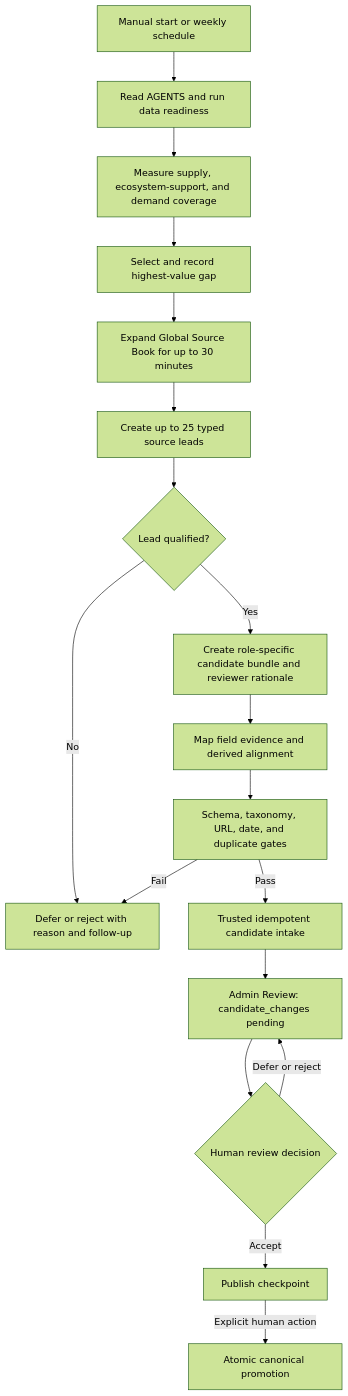
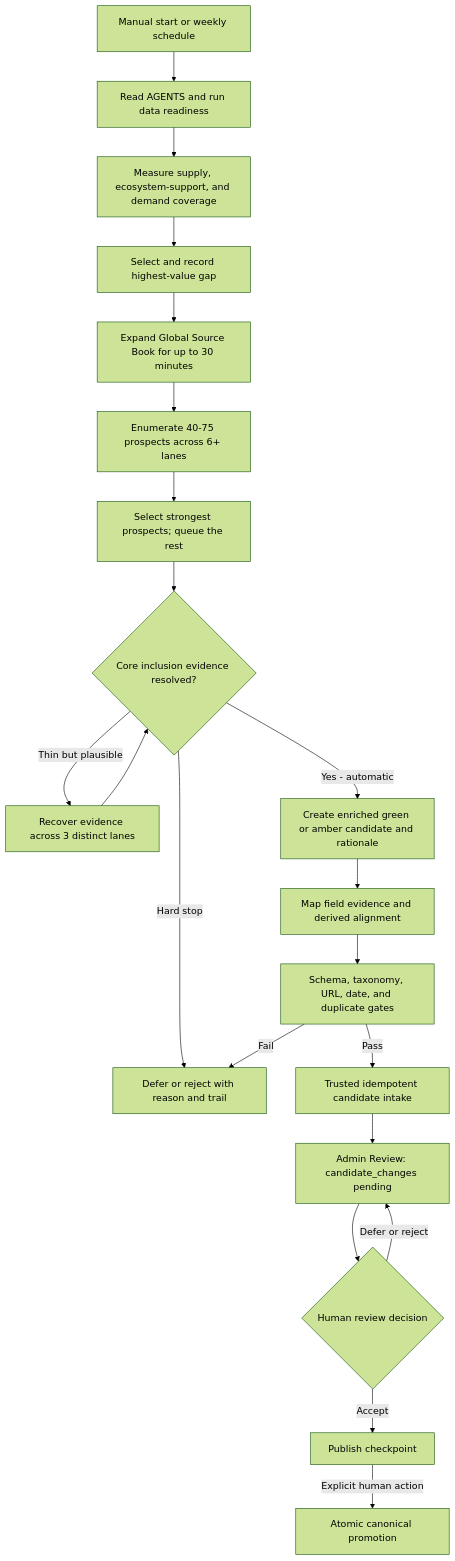
The first of 5 diagrams in context/governance/Autonomous Ecosystem Research Pipeline.md (AndDavies/ecosystem_intelligence), drawn with Mermaid (forest theme) before and after one commit. The commit also changed other lines of this file and 104 other files, not shown here.

````diff
--- a/context/governance/Autonomous Ecosystem Research Pipeline.md
+++ b/context/governance/Autonomous Ecosystem Research Pipeline.md
@@ -16,20 +16,23 @@
 ```mermaid
 flowchart TD
   A["Manual start or weekly schedule"] --> B["Read AGENTS and run data readiness"]
   B --> C["Measure supply, ecosystem-support, and demand coverage"]
   C --> D["Select and record highest-value gap"]
   D --> E["Expand Global Source Book for up to 30 minutes"]
-  E --> F["Create up to 25 typed source leads"]
-  F --> G{"Lead qualified?"}
-  G -- "No" --> H["Defer or reject with reason and follow-up"]
-  G -- "Yes" --> I["Create role-specific candidate bundle and reviewer rationale"]
+  E --> F["Enumerate 40-75 prospects across 6+ lanes"]
+  F --> G["Select strongest prospects; queue the rest"]
+  G --> H{"Core inclusion evidence resolved?"}
+  H -- "Thin but plausible" --> ER["Recover evidence across 3 distinct lanes"]
+  ER --> H
+  H -- "Hard stop" --> DFR["Defer or reject with reason and trail"]
+  H -- "Yes - automatic" --> I["Create enriched green or amber candidate and rationale"]
   I --> J["Map field evidence and derived alignment"]
   J --> K["Schema, taxonomy, URL, date, and duplicate gates"]
-  K -- "Fail" --> H
+  K -- "Fail" --> DFR
   K -- "Pass" --> L["Trusted idempotent candidate intake"]
   L --> M["Admin Review: candidate_changes pending"]
   M --> N{"Human review decision"}
   N -- "Defer or reject" --> M
   N -- "Accept" --> O["Publish checkpoint"]
   O -- "Explicit human action" --> P["Atomic canonical promotion"]
 ```
````
